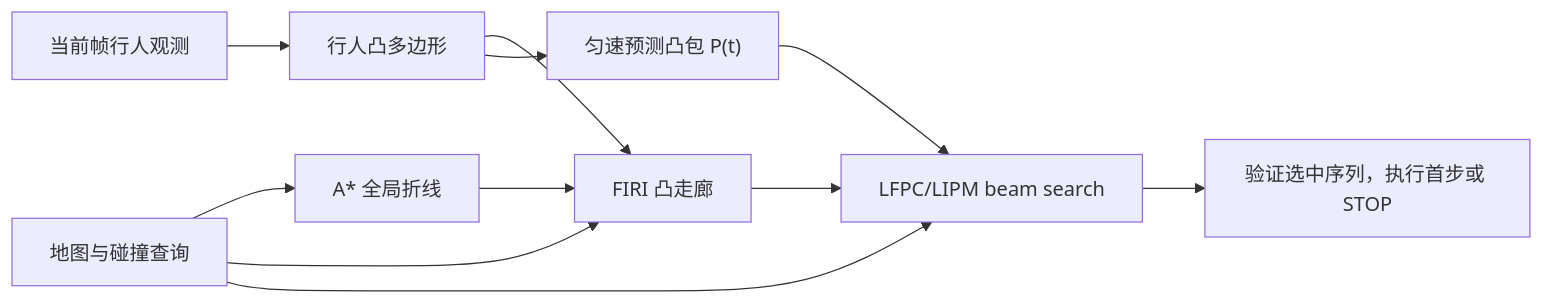
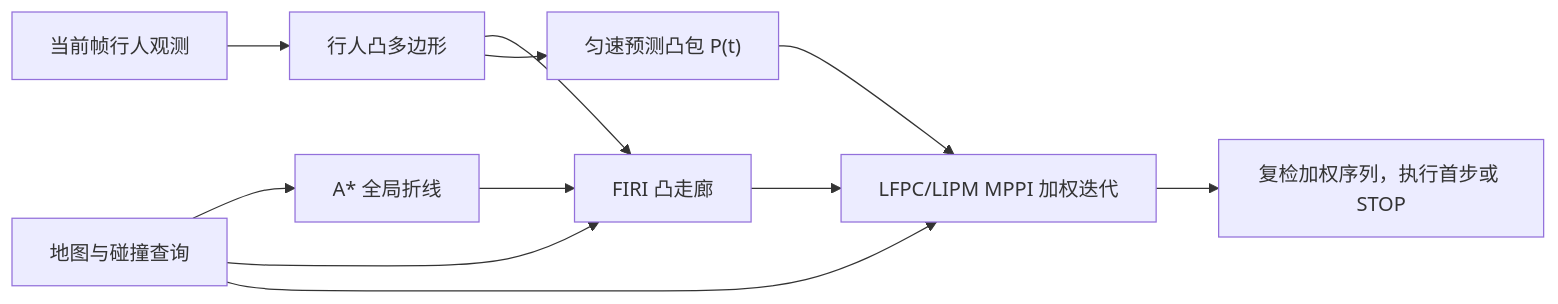
One commit to xcg124110023416/cane_planner changed the diagram in README.md. Above: the diagram before and after it, drawn with Mermaid. The commit also changed other lines of this file and 16 other files, not shown here.

Commit message:
Replace LFPC beam search with continuous steering MPPI

````diff
--- a/README.md
+++ b/README.md
@@ -26,13 +26,13 @@
 ```mermaid
 flowchart LR
     MAP["地图与碰撞查询"] --> ASTAR["A* 全局折线"]
     ASTAR --> FIRI["FIRI 凸走廊"]
     MAP --> FIRI
     PED["当前帧行人观测"] --> HULL["行人凸多边形"]
     HULL --> FIRI
     HULL --> CV["匀速预测凸包 P(t)"]
-    CV --> BEAM
-    FIRI --> BEAM["LFPC/LIPM beam search"]
-    MAP --> BEAM
-    BEAM --> EXEC["验证选中序列，执行首步或 STOP"]
+    CV --> MPPI
+    FIRI --> MPPI["LFPC/LIPM MPPI 加权迭代"]
+    MAP --> MPPI
+    MPPI --> EXEC["复检加权序列，执行首步或 STOP"]
 ```
````
